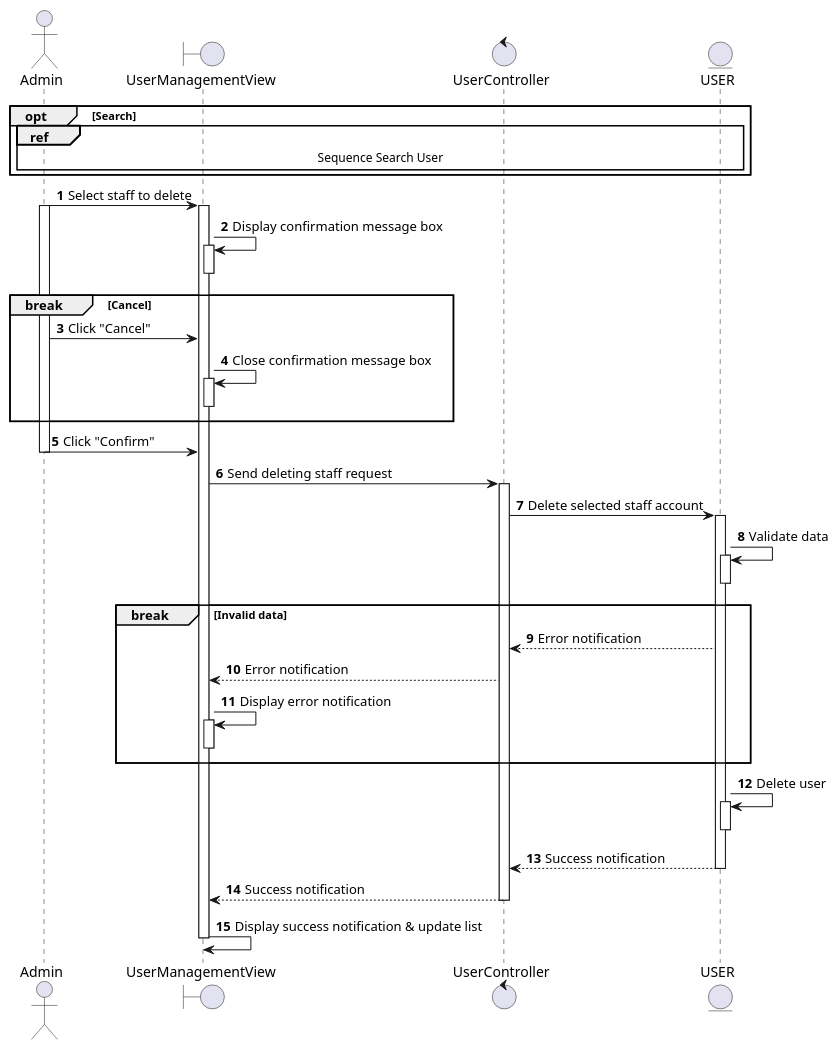
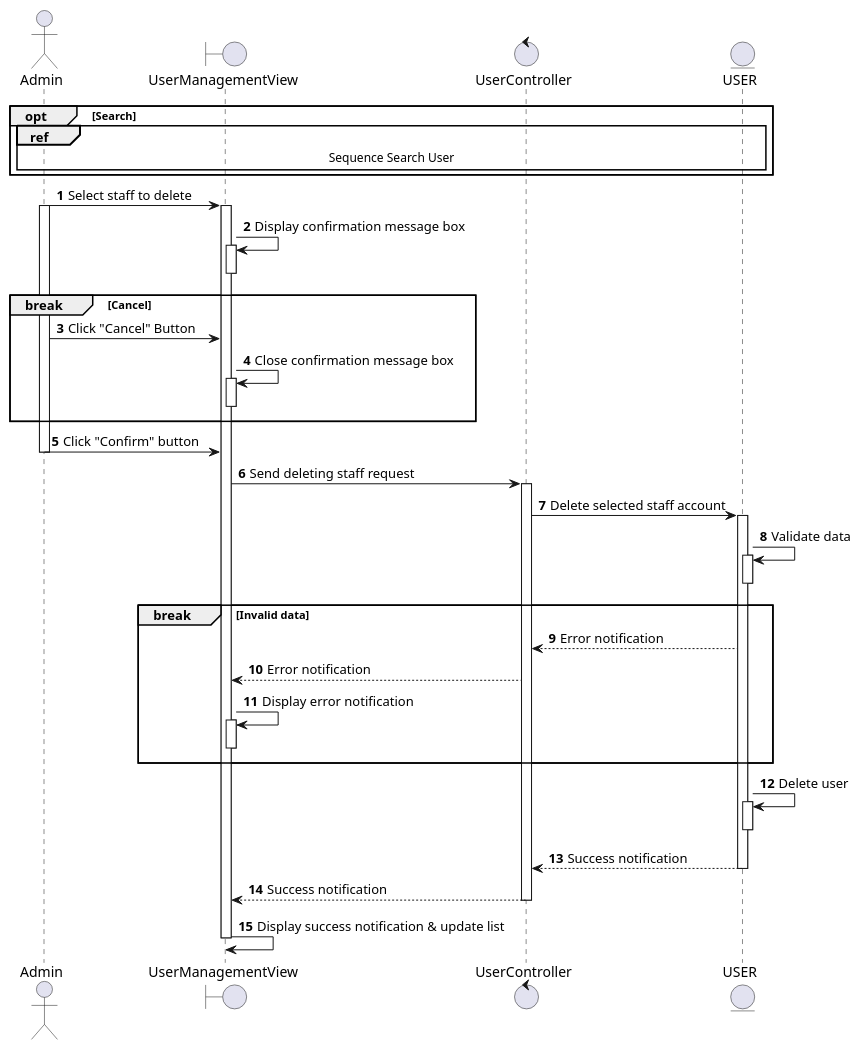
The diagram in docs/docs/sequence/manage-user/delete-staff.md (electricilies/electricilies.github.io), drawn with PlantUML before and after one commit. The commit also changed 12 other files, not shown here.

````diff
--- a/docs/docs/sequence/manage-user/delete-staff.md
+++ b/docs/docs/sequence/manage-user/delete-staff.md
@@ -3,53 +3,53 @@
 ```plantuml
 @startuml
 autonumber
 
 actor Admin as A
 boundary UserManagementView as UMV
 control UserController as UC
 entity USER as U
 
 opt Search
   ref over A, U: Sequence Search User
 end
 A -> UMV: Select staff to delete
 activate A
 activate UMV
 UMV -> UMV: Display confirmation message box
 activate UMV
 deactivate UMV
 break Cancel
-  A -> UMV: Click "Cancel"
+  A -> UMV: Click "Cancel" Button
   UMV -> UMV: Close confirmation message box
   activate UMV
   deactivate UMV
 end
-A -> UMV: Click "Confirm"
+A -> UMV: Click "Confirm" button
 deactivate A
 UMV -> UC: Send deleting staff request
 activate UC
 UC -> U: Delete selected staff account
 activate U
 U -> U: Validate data
 activate U
 deactivate U
 break Invalid data
   UC <-- U: Error notification
   UMV <-- UC: Error notification
   UMV -> UMV: Display error notification
   activate UMV
   deactivate UMV
 end
 U -> U: Delete user
 activate U
 deactivate U
 UC <-- U: Success notification
 deactivate U
 UMV <-- UC: Success notification
 deactivate UC
 UMV -> UMV: Display success notification & update list
 deactivate UMV
 deactivate A
 
 @enduml
 ```
````
